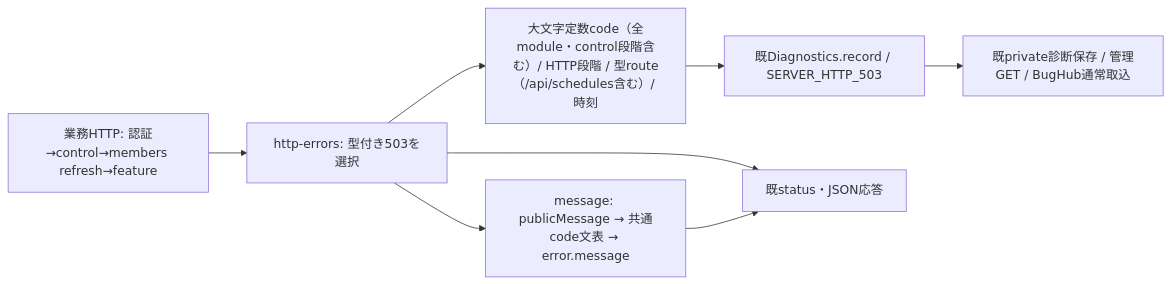
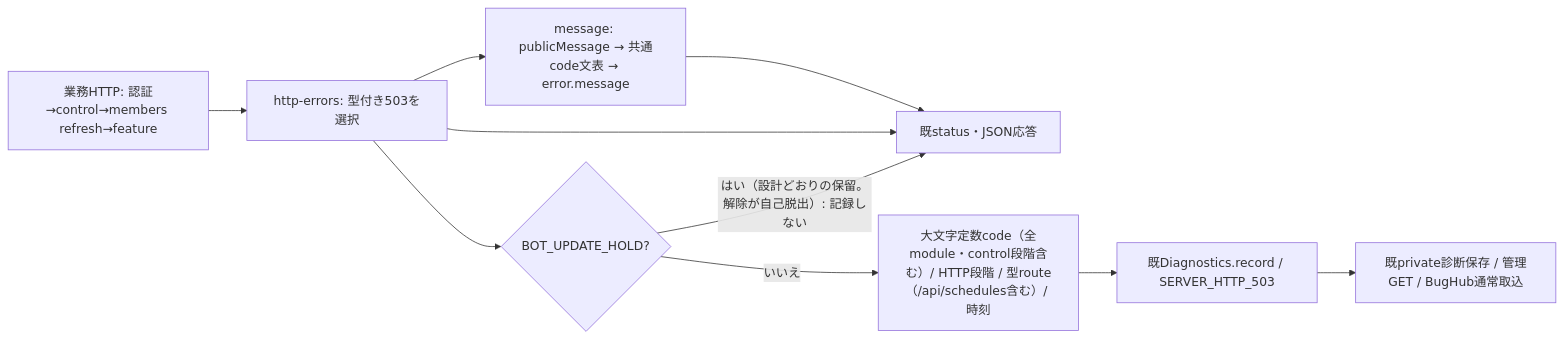
Before and after one commit to kitepon/BellTeam: the seventh of 44 diagrams in docs/architecture/modules/integration/README.md, drawn with Mermaid. The commit also changed other lines of this file and 3 other files, not shown here.

First line of the commit message:
a444m: do not file the designed update hold BOT_UPDATE_HOLD as SERVER_HTTP_503 (BugHub ef83d4ee)

````diff
--- a/docs/architecture/modules/integration/README.md
+++ b/docs/architecture/modules/integration/README.md
@@ -198,9 +198,11 @@
 ```mermaid
 flowchart LR
   HTTP["業務HTTP: 認証→control→members refresh→feature"] --> Error["http-errors: 型付き503を選択"]
-  Error --> Safe["大文字定数code（全module・control段階含む）/ HTTP段階 / 型route（/api/schedules含む）/ 時刻"]
+  Error --> Hold{"BOT_UPDATE_HOLD?"}
+  Hold -- "はい（設計どおりの保留。解除が自己脱出）: 記録しない" --> Response
+  Hold -- "いいえ" --> Safe["大文字定数code（全module・control段階含む）/ HTTP段階 / 型route（/api/schedules含む）/ 時刻"]
   Safe --> Writer["既Diagnostics.record / SERVER_HTTP_503"]
   Writer --> Saved["既private診断保存 / 管理GET / BugHub通常取込"]
   Error --> Response["既status・JSON応答"]
   Error --> Text["message: publicMessage → 共通code文表 → error.message"] --> Response
 ```
````
